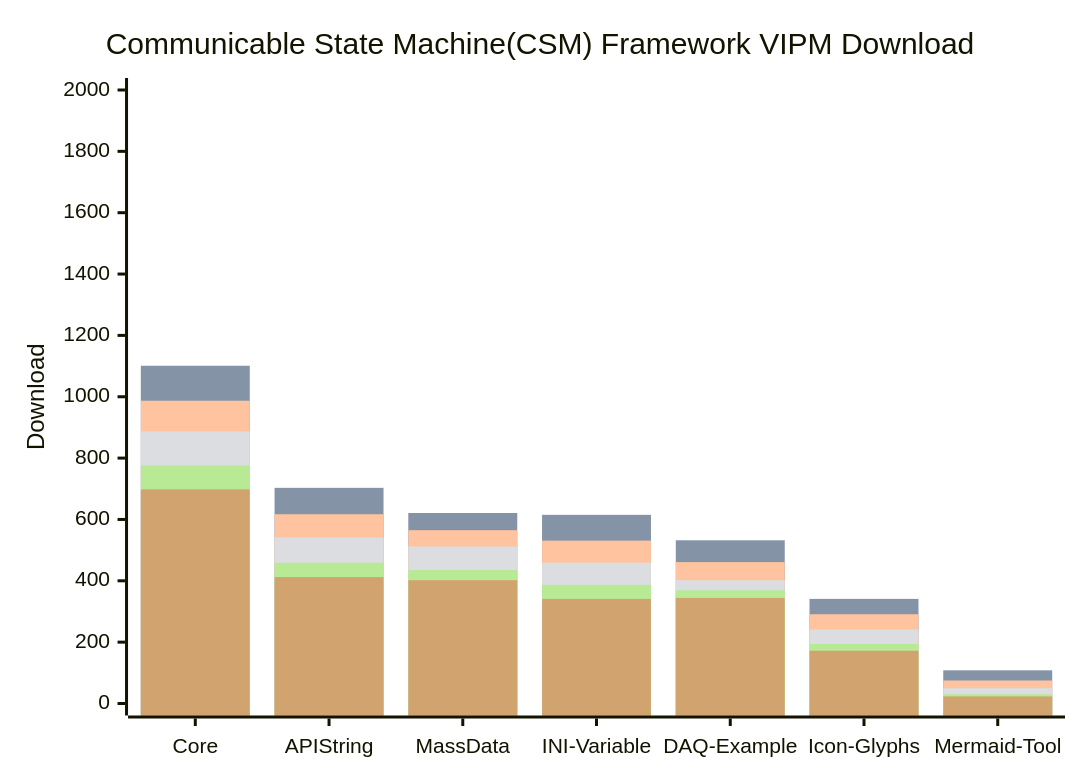
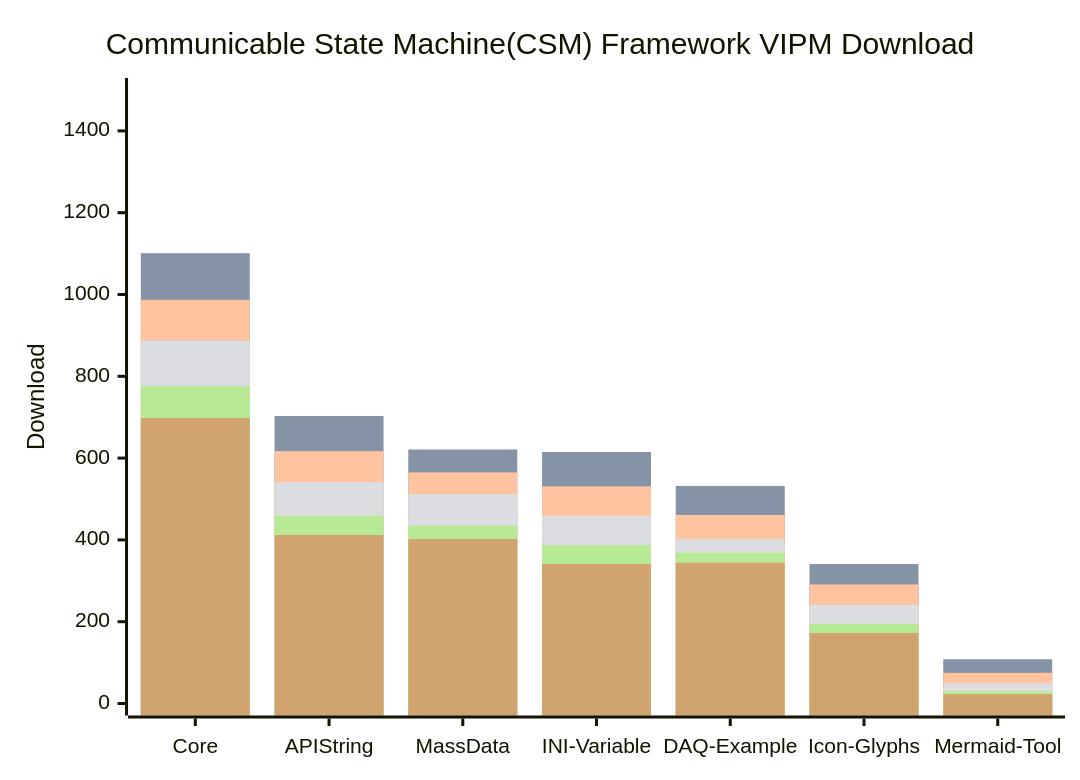
Before and after one commit to NEVSTOP-LAB/.github: the diagram in profile/README.md, drawn with Mermaid.

````diff
--- a/profile/README.md
+++ b/profile/README.md
@@ -31,12 +31,12 @@
 ```mermaid
     xychart-beta
     title "Communicable State Machine(CSM) Framework VIPM Download"
     x-axis [Core, API String, MassData, INI-Variable, DAQ-Example, Icon-Glyphs, Mermaid-Tool]
-    y-axis "Download" 0 --> 2000
+    y-axis "Download" 0 --> 1500
     bar   [1101, 703, 621, 615, 532, 341, 108]
     bar   [1101, 703, 621, 615, 532, 341, 108]
     bar   [987, 617, 565, 531, 461, 291, 75]
     bar   [887, 541, 512, 459, 402, 241, 50]
     bar   [776, 459, 435, 387, 369, 194, 30]
     bar   [698, 412, 402, 341, 344, 172, 23]
 ```
````
